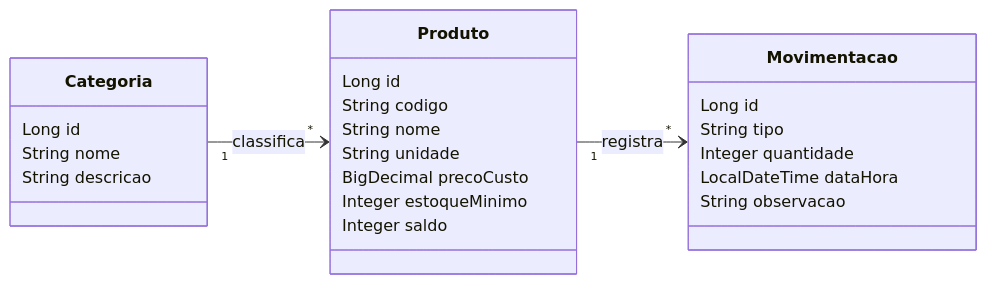
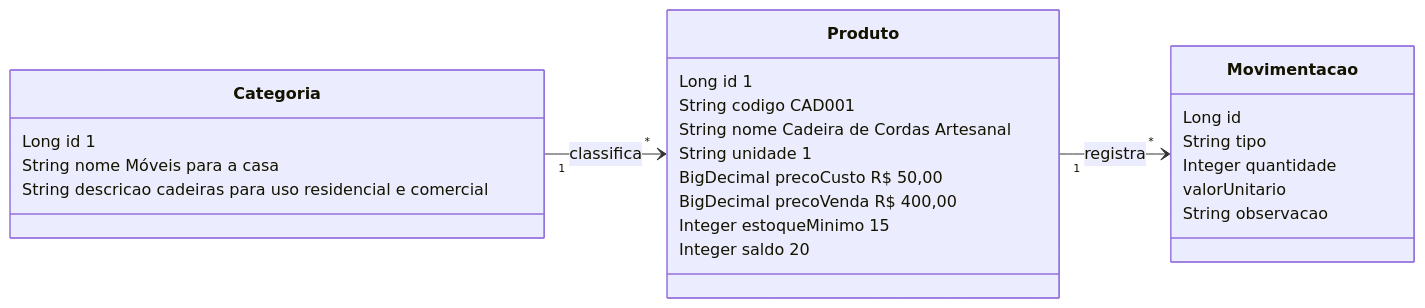
One commit to gabrieldevseniorm/PROJETO-FINAL-ESTOQUE changed the diagram in README.md. Above: the diagram before and after it, drawn with Mermaid. The commit also changed other lines of this file, not shown here.

Commit message:
docs: diagrama de classes

````diff
--- a/README.md
+++ b/README.md
@@ -98,27 +98,28 @@
 ```mermaid
 classDiagram
     direction LR
     class Categoria {
-        Long id
-        String nome
-        String descricao
+        Long id 1
+        String nome Móveis para a casa
+        String descricao cadeiras para uso residencial e comercial
     }
     class Produto {
-        Long id
-        String codigo
-        String nome
-        String unidade
-        BigDecimal precoCusto
-        Integer estoqueMinimo
-        Integer saldo
+        Long id 1
+        String codigo CAD001
+        String nome Cadeira de Cordas Artesanal
+        String unidade 1
+        BigDecimal precoCusto R$ 50,00
+        BigDecimal precoVenda R$ 400,00
+        Integer estoqueMinimo 15
+        Integer saldo 20
     }
     class Movimentacao {
         Long id
         String tipo
         Integer quantidade
-        LocalDateTime dataHora
+        valorUnitario
         String observacao
     }
     Categoria "1" --> "*" Produto : classifica
     Produto "1" --> "*" Movimentacao : registra
 ```
````
